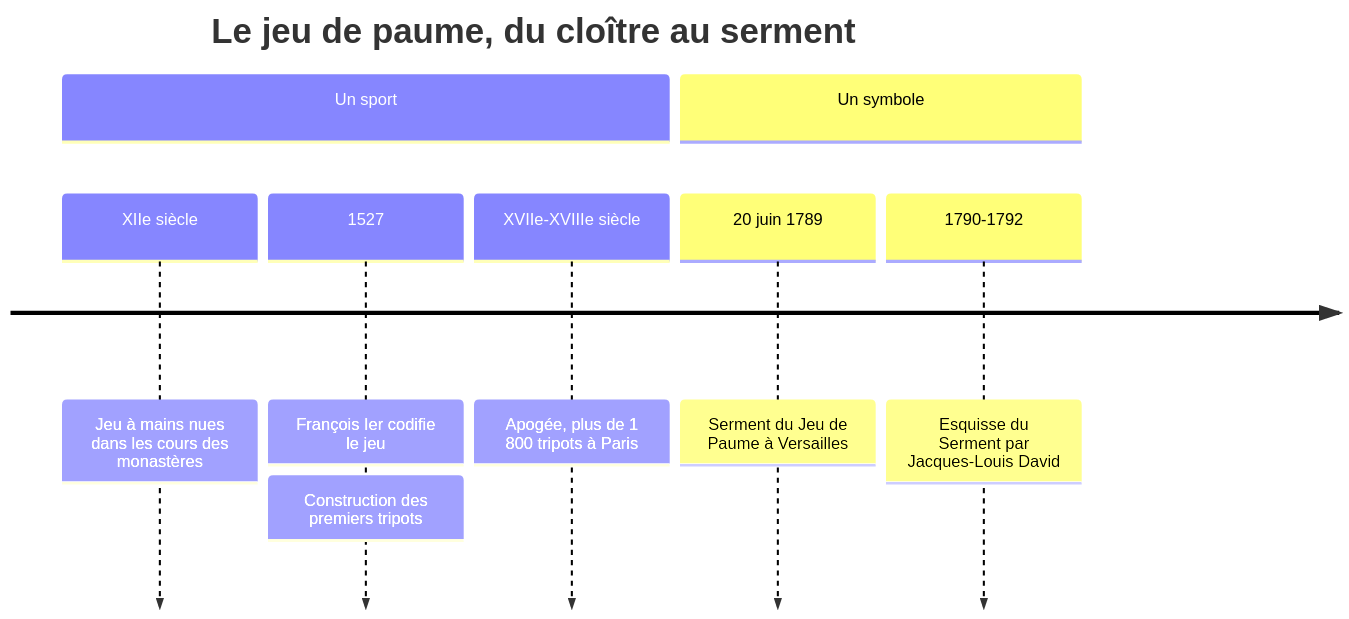
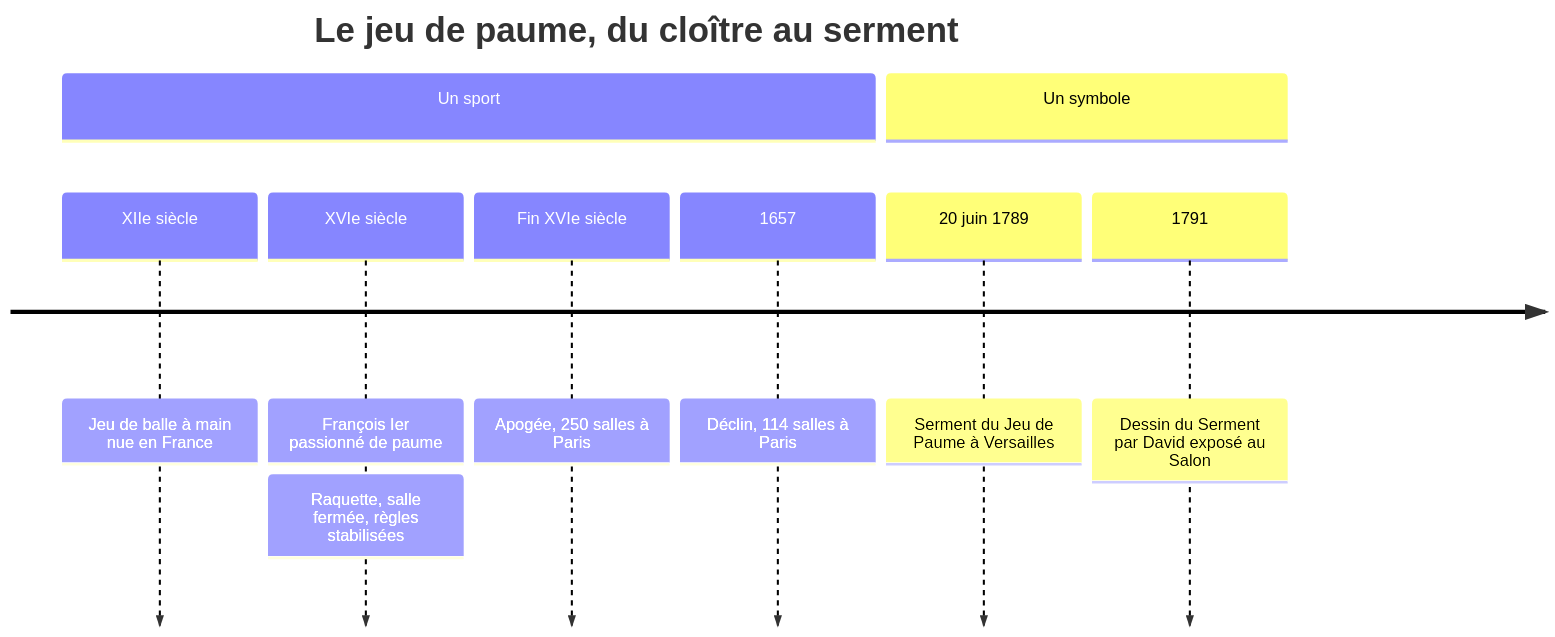
One commit to rwmicro/pensine changed the diagram in Social Sciences/History/France/01 - Jeu de Paume.md. Above: the diagram before and after it, drawn with Mermaid. The commit also changed 23 other files, not shown here.

````diff
--- a/Social Sciences/History/France/01 - Jeu de Paume.md
+++ b/Social Sciences/History/France/01 - Jeu de Paume.md
@@ -20,11 +20,12 @@
 ```mermaid
 timeline
     title Le jeu de paume, du cloître au serment
     section Un sport
-        XIIe siècle : Jeu à mains nues dans les cours des monastères
-        1527 : François Ier codifie le jeu : Construction des premiers tripots
-        XVIIe-XVIIIe siècle : Apogée, plus de 1 800 tripots à Paris
+        XIIe siècle : Jeu de balle à main nue en France
+        XVIe siècle : François Ier passionné de paume : Raquette, salle fermée, règles stabilisées
+        Fin XVIe siècle : Apogée, 250 salles à Paris
+        1657 : Déclin, 114 salles à Paris
     section Un symbole
         20 juin 1789 : Serment du Jeu de Paume à Versailles
-        1790-1792 : Esquisse du Serment par Jacques-Louis David
+        1791 : Dessin du Serment par David exposé au Salon
 ```
````
